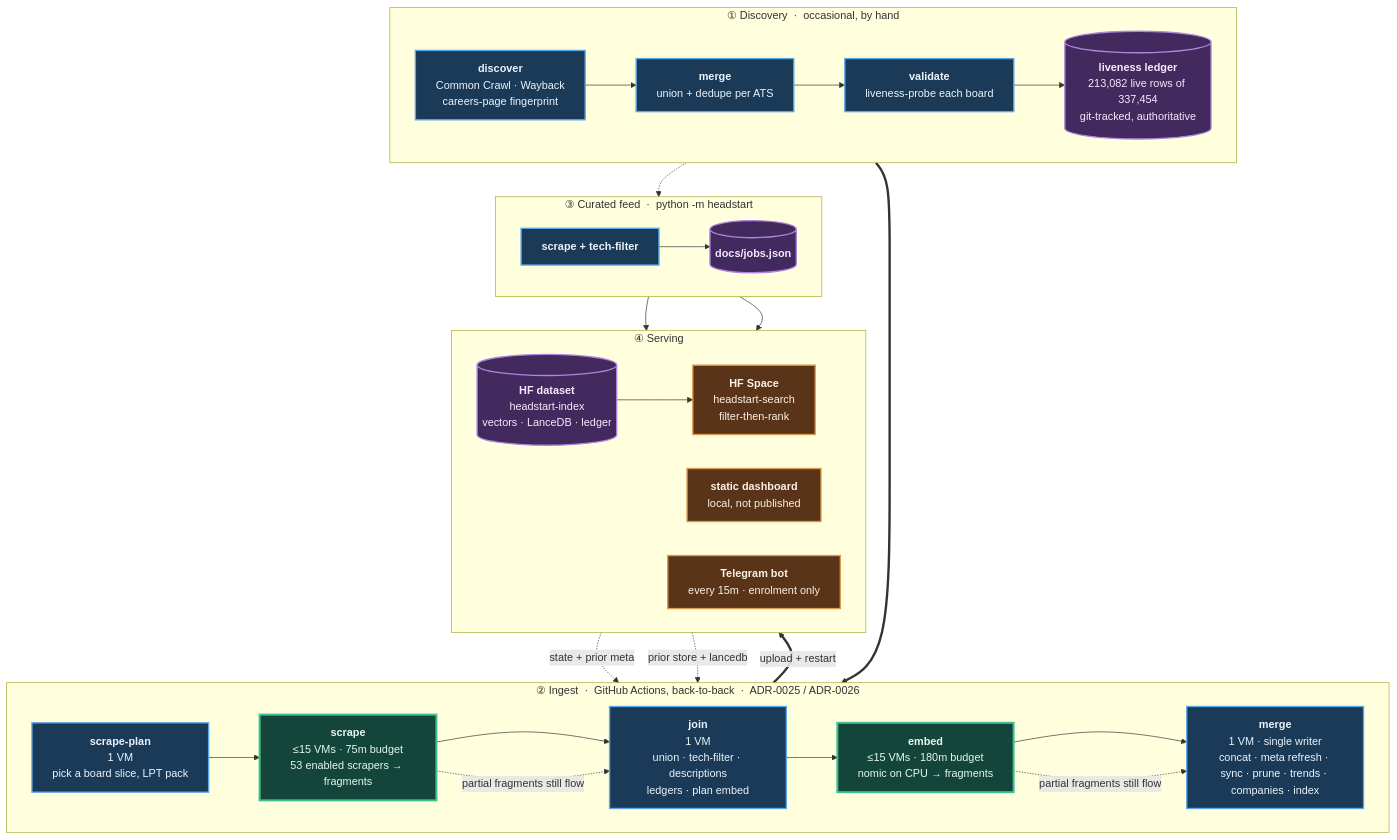
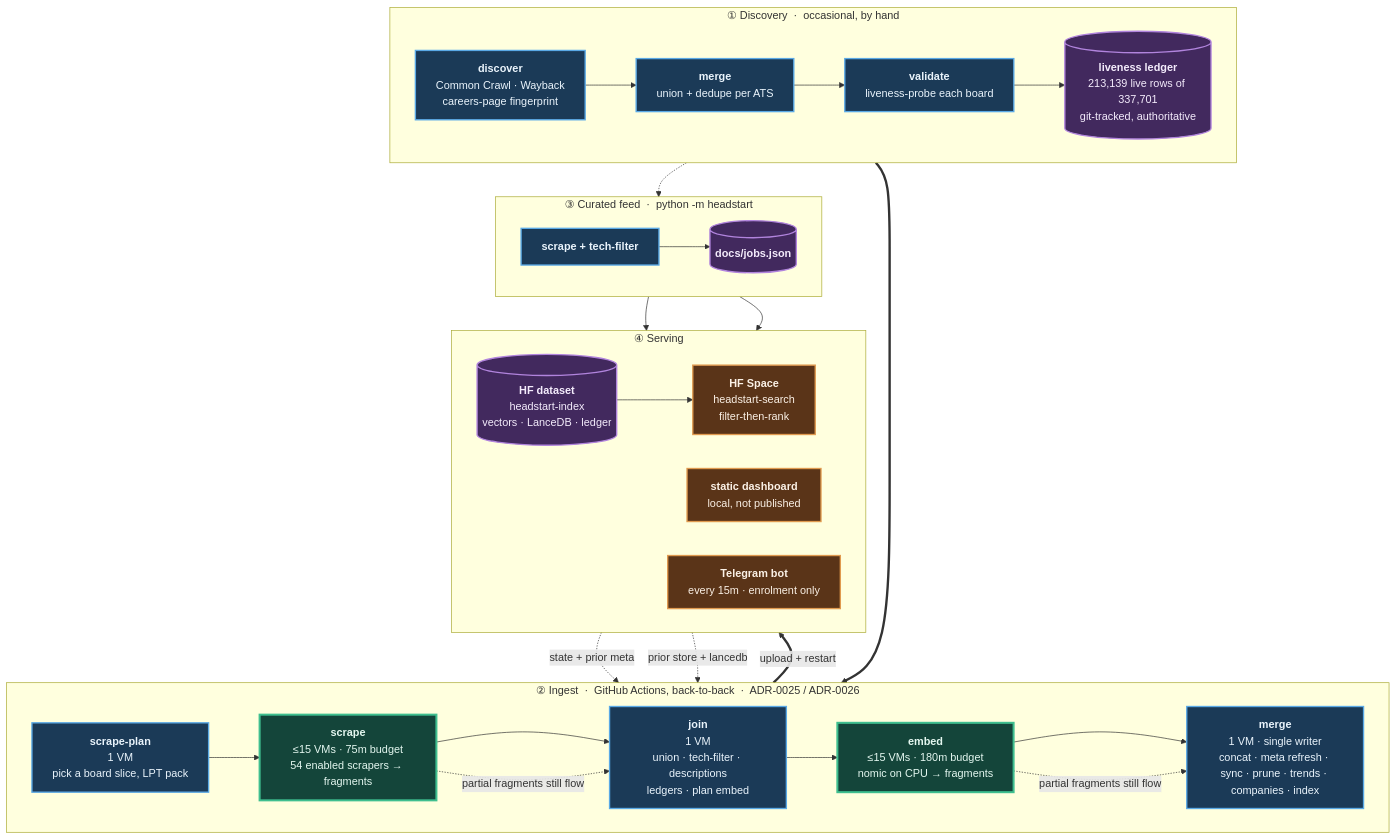
The diagram in README.md (sarthakjain004/headstart), drawn with Mermaid before and after one commit. The commit also changed other lines of this file and 27 other files, not shown here.

````diff
--- a/README.md
+++ b/README.md
@@ -185,56 +185,56 @@
 ```mermaid
 flowchart TB
     subgraph D["① Discovery &nbsp;·&nbsp; occasional, by hand"]
         direction LR
         D1["<b>discover</b><br/>Common Crawl · Wayback<br/>careers-page fingerprint"]
         D2["<b>merge</b><br/>union + dedupe per ATS"]
         D3["<b>validate</b><br/>liveness-probe each board"]
-        D4[("<b>liveness ledger</b><br/>213,082 live rows of 337,454<br/>git-tracked, authoritative")]
+        D4[("<b>liveness ledger</b><br/>213,139 live rows of 337,701<br/>git-tracked, authoritative")]
         D1 --> D2 --> D3 --> D4
     end
 
     subgraph P["② Ingest &nbsp;·&nbsp; GitHub Actions, back-to-back &nbsp;·&nbsp; ADR-0025 / ADR-0026"]
         direction LR
         P1["<b>scrape-plan</b><br/>1 VM<br/>pick a board slice, LPT pack"]
-        P2["<b>scrape</b><br/>≤15 VMs · 75m budget<br/>53 enabled scrapers → fragments"]
+        P2["<b>scrape</b><br/>≤15 VMs · 75m budget<br/>54 enabled scrapers → fragments"]
         P3["<b>join</b><br/>1 VM<br/>union · tech-filter · descriptions<br/>ledgers · plan embed"]
         P4["<b>embed</b><br/>≤15 VMs · 180m budget<br/>nomic on CPU → fragments"]
         P5["<b>merge</b><br/>1 VM · single writer<br/>concat · meta refresh · sync · prune · trends · companies · index"]
         P1 --> P2 --> P3 --> P4 --> P5
     end
 
     subgraph F["③ Curated feed &nbsp;·&nbsp; python -m headstart"]
         direction LR
         F1["<b>scrape + tech-filter</b>"]
         F2[("<b>docs/jobs.json</b>")]
         F1 --> F2
     end
 
     subgraph S["④ Serving"]
         direction LR
         S1[("<b>HF dataset</b><br/>headstart-index<br/>vectors · LanceDB · ledger")]
         S2["<b>HF Space</b><br/>headstart-search<br/>filter-then-rank"]
         S3["<b>static dashboard</b><br/>local, not published"]
         S4["<b>Telegram bot</b><br/>every 15m · enrolment only"]
         S1 --> S2
     end
 
     D4 ==> P1
     S1 -. "state + prior meta" .-> P1
     S1 -. "prior store + lancedb" .-> P5
     D4 -.-> F1
     P5 ==>|"upload + restart"| S1
     F2 --> S3
     F2 --> S4
     P2 -. "partial fragments still flow" .-> P3
     P4 -. "partial fragments still flow" .-> P5
 
     classDef serial fill:#1b3a57,stroke:#5aa9e6,stroke-width:2px,color:#eaf4fc
     classDef fan fill:#14453a,stroke:#3fbf8f,stroke-width:3px,color:#e4f7f0
     classDef store fill:#42295e,stroke:#b184dd,stroke-width:2px,color:#f4ecfc
     classDef serve fill:#5a3418,stroke:#e09a4f,stroke-width:2px,color:#fbf1e6
     class D1,D2,D3,P1,P3,P5,F1 serial
     class P2,P4 fan
     class D4,F2,S1 store
     class S2,S3,S4 serve
 ```
````
